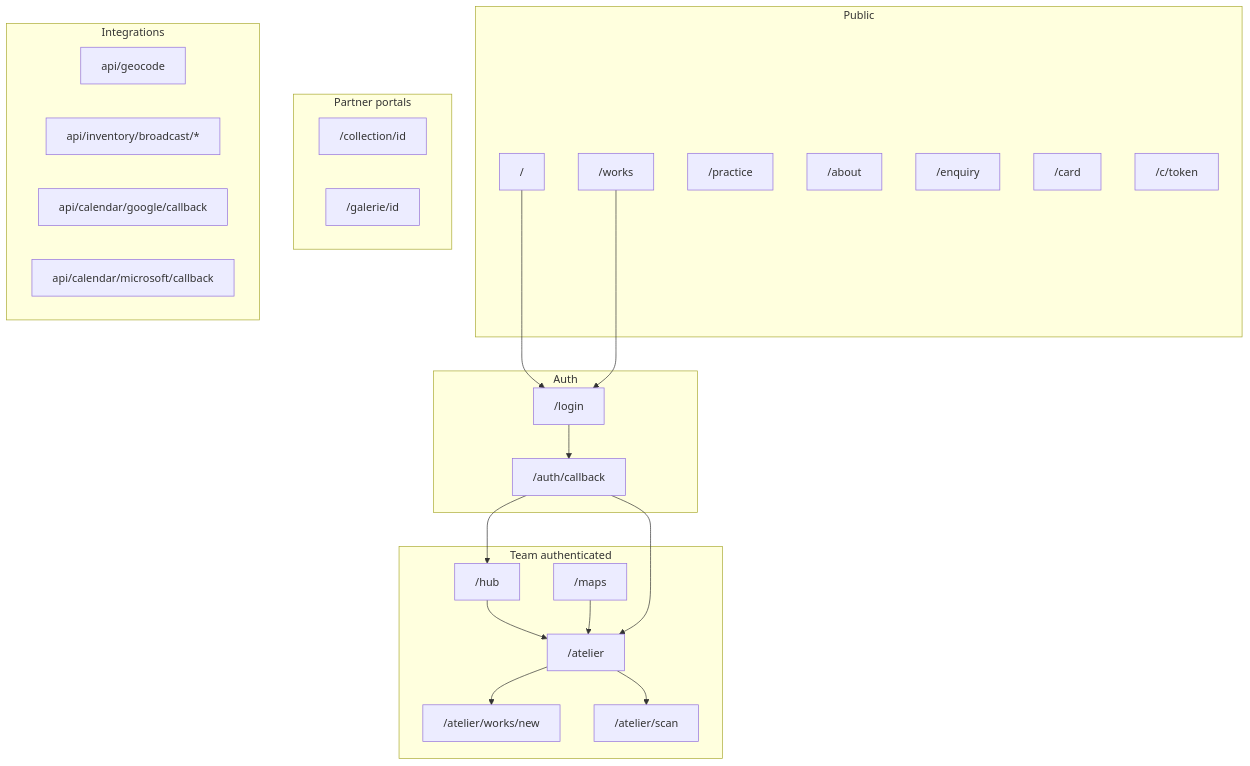
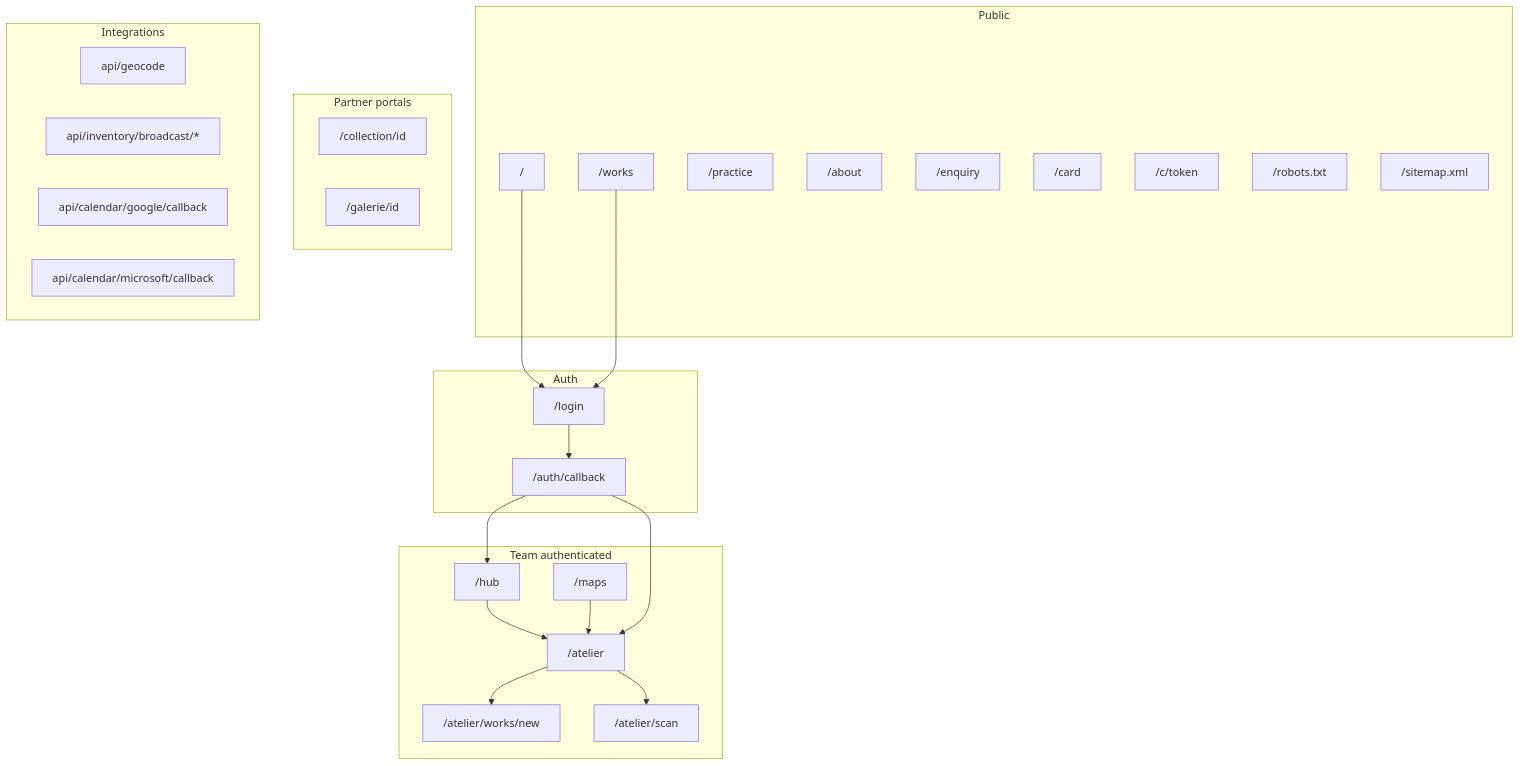
One commit to pppeeemmm-web/inventaire changed the first of 2 diagrams in docs/SITE_MAP.md. Above: the diagram before and after it, drawn with Mermaid. The commit also changed other lines of this file and 18 other files, not shown here.

First line of the commit message:
feat(seo): public home metadata, robots/sitemap, fonts, heading hygiene

````diff
--- a/docs/SITE_MAP.md
+++ b/docs/SITE_MAP.md
@@ -140,47 +142,49 @@
 ```mermaid
 flowchart TB
   subgraph public ["Public"]
     landing["/"]
     works["/works"]
     practice["/practice"]
     about["/about"]
     enquiry["/enquiry"]
     card["/card"]
     plink["/c/token"]
+    robots["/robots.txt"]
+    smap["/sitemap.xml"]
   end
 
   subgraph auth ["Auth"]
     login["/login"]
     oauthcb["/auth/callback"]
   end
 
   subgraph team ["Team authenticated"]
     hub["/hub"]
     atelier["/atelier"]
     worksNew["/atelier/works/new"]
     scan["/atelier/scan"]
     maps["/maps"]
   end
 
   subgraph portals ["Partner portals"]
     coll["/collection/id"]
     gal["/galerie/id"]
   end
 
   subgraph integrations ["Integrations"]
     geo["api/geocode"]
     br["api/inventory/broadcast/*"]
     calg["api/calendar/google/callback"]
     calm["api/calendar/microsoft/callback"]
   end
 
   landing --> login
   works --> login
   hub --> atelier
   atelier --> worksNew
   atelier --> scan
   maps --> atelier
   login --> oauthcb
   oauthcb --> hub
   oauthcb --> atelier
 ```
````
